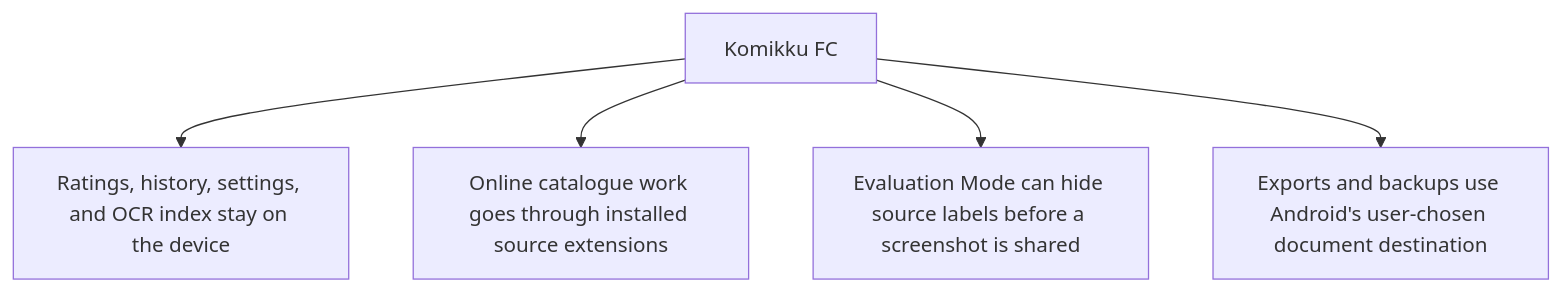
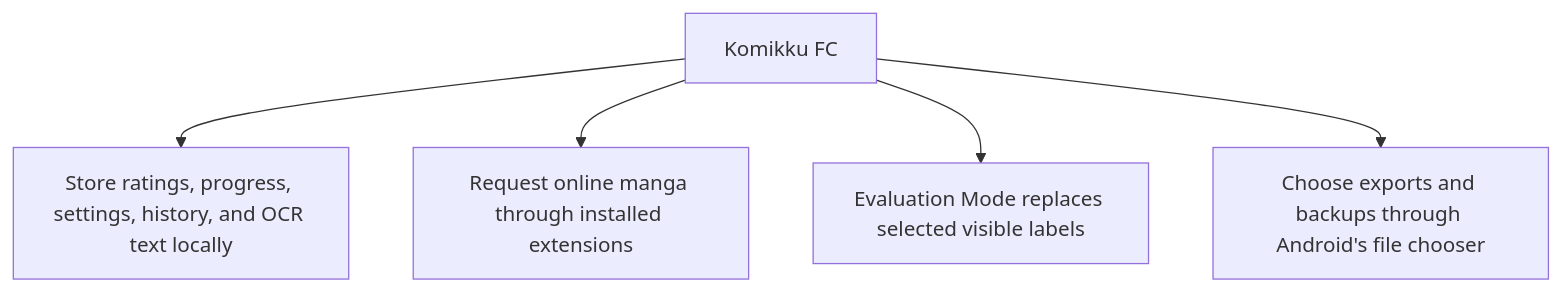
Before and after one commit to FancyCorey/komikku-fc: the sixth of 6 diagrams in docs/kmk/how-kmk-works.md, drawn with Mermaid. The commit also changed other lines of this file and 16 other files, not shown here.

````diff
--- a/docs/kmk/how-kmk-works.md
+++ b/docs/kmk/how-kmk-works.md
@@ -106,7 +110,7 @@
 ```mermaid
 flowchart TD
-    App["Komikku FC"] --> Local["Ratings, history, settings, and OCR index stay on the device"]
-    App --> Sources["Online catalogue work goes through installed source extensions"]
-    App --> Sharing["Evaluation Mode can hide source labels before a screenshot is shared"]
-    App --> Files["Exports and backups use Android's user-chosen document destination"]
+    App["Komikku FC"] --> Local["Store ratings, progress, settings, history, and OCR text locally"]
+    App --> Sources["Request online manga through installed extensions"]
+    App --> Sharing["Evaluation Mode replaces selected visible labels"]
+    App --> Files["Choose exports and backups through Android's file chooser"]
 ```
````
